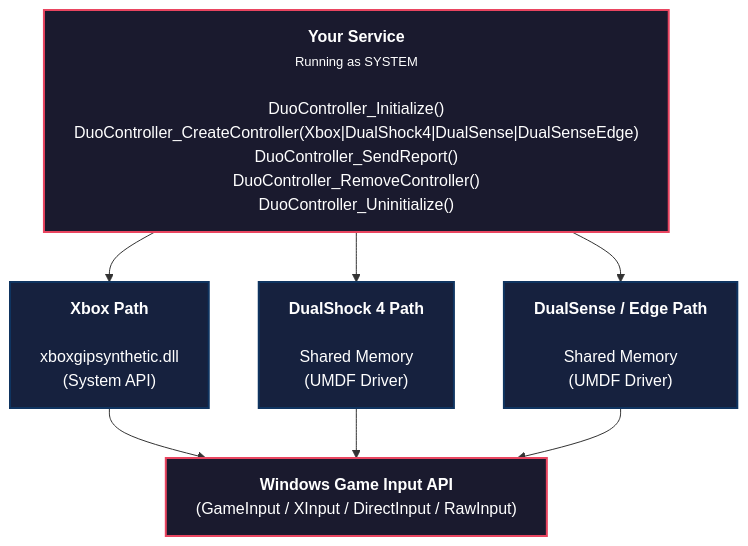
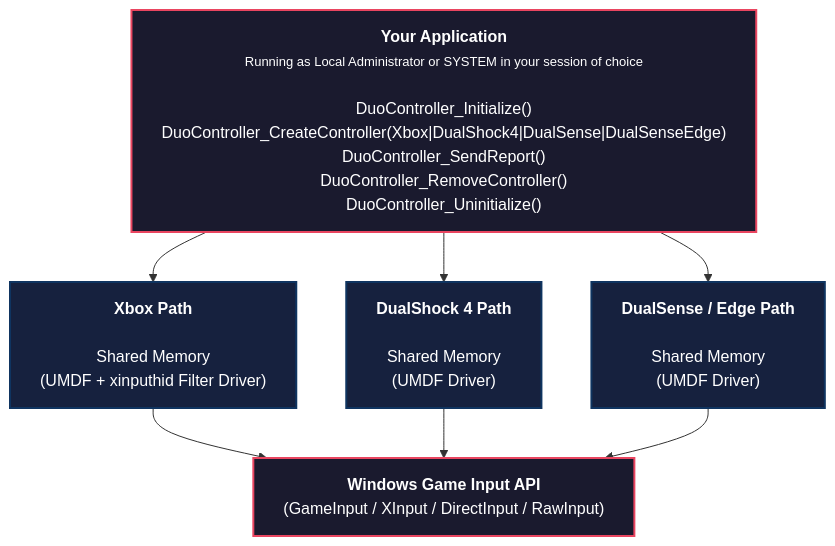
One commit to DuoStream/DuoController changed the diagram in README.md. Above: the diagram before and after it, drawn with Mermaid. The commit also changed other lines of this file and 14 other files, not shown here.

````diff
--- a/README.md
+++ b/README.md
@@ -56,21 +56,21 @@
 ```mermaid
 flowchart TB
-    App["<b>Your Service</b><br/><span style='white-space:nowrap;color:inherit;font-size:small'>Running as SYSTEM</span><br/><br/>DuoController_Initialize()<br/><span style='white-space:nowrap;color:inherit'>DuoController_CreateController(Xbox|DualShock4|DualSense|DualSenseEdge)</span><br/>DuoController_SendReport()<br/>DuoController_RemoveController()<br/>DuoController_Uninitialize()"]
-    Xbox["<b>Xbox Path</b><br/><br/>xboxgipsynthetic.dll<br/>(System API)"]
+    App["<b>Your Application</b><br/><span style='white-space:nowrap;color:inherit;font-size:small'>Running as Local Administrator or SYSTEM in your session of choice</span><br/><br/>DuoController_Initialize()<br/><span style='white-space:nowrap;color:inherit'>DuoController_CreateController(Xbox|DualShock4|DualSense|DualSenseEdge)</span><br/>DuoController_SendReport()<br/>DuoController_RemoveController()<br/>DuoController_Uninitialize()"]
+    Xbox["<b>Xbox Path</b><br/><br/>Shared Memory<br/><span style='white-space:nowrap;color:inherit'>(UMDF + xinputhid Filter Driver)</span>"]
     DS4["<b>DualShock 4 Path</b><br/><br/>Shared Memory<br/>(UMDF Driver)"]
     DS["<b>DualSense / Edge Path</b><br/><br/>Shared Memory<br/>(UMDF Driver)"]
     Input["<b>Windows Game Input API</b><br/><span style='white-space:nowrap;color:inherit'>(GameInput / XInput / DirectInput / RawInput)</span>"]
 
     App --> Xbox
     App --> DS4
     App --> DS
     Xbox --> Input
     DS4 --> Input
     DS --> Input
 
     style App fill:#1a1a2e,stroke:#e94560,stroke-width:2px,color:#fff
     style Xbox fill:#16213e,stroke:#0f3460,stroke-width:2px,color:#fff
     style DS4 fill:#16213e,stroke:#0f3460,stroke-width:2px,color:#fff
     style DS fill:#16213e,stroke:#0f3460,stroke-width:2px,color:#fff
     style Input fill:#1a1a2e,stroke:#e94560,stroke-width:2px,color:#fff
 ```
````
